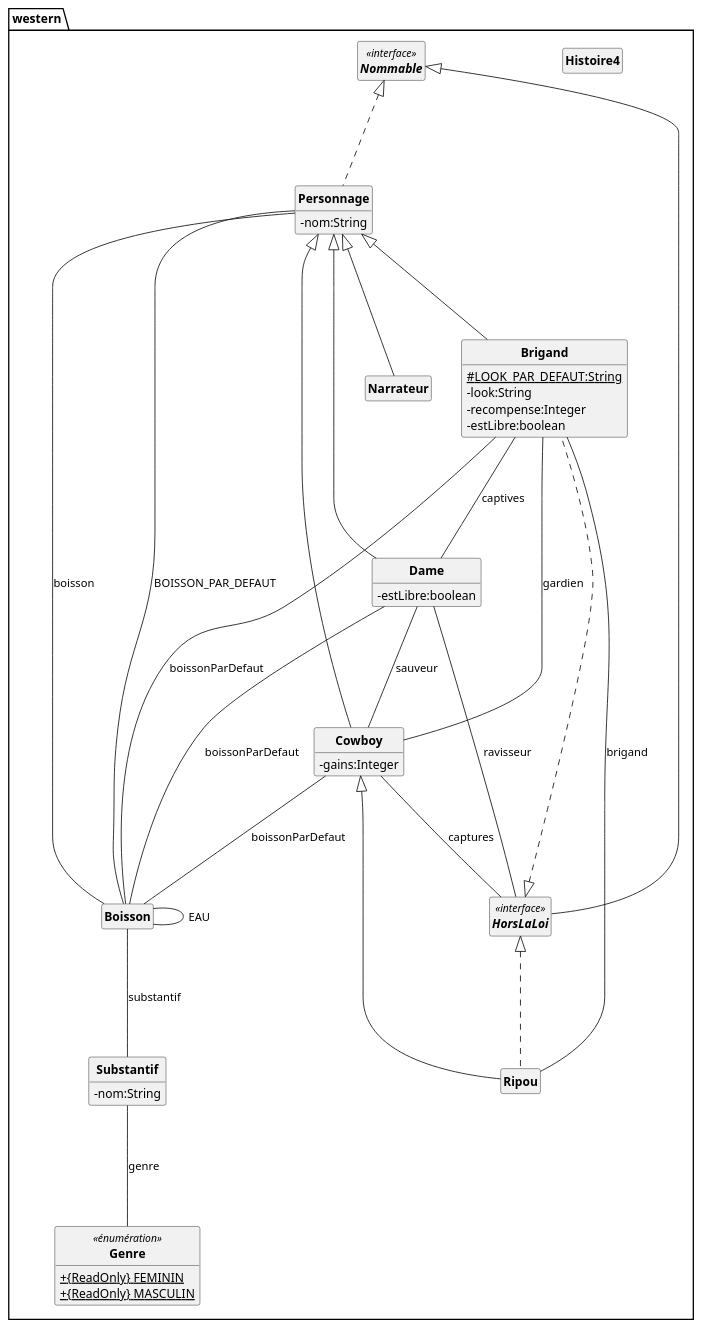
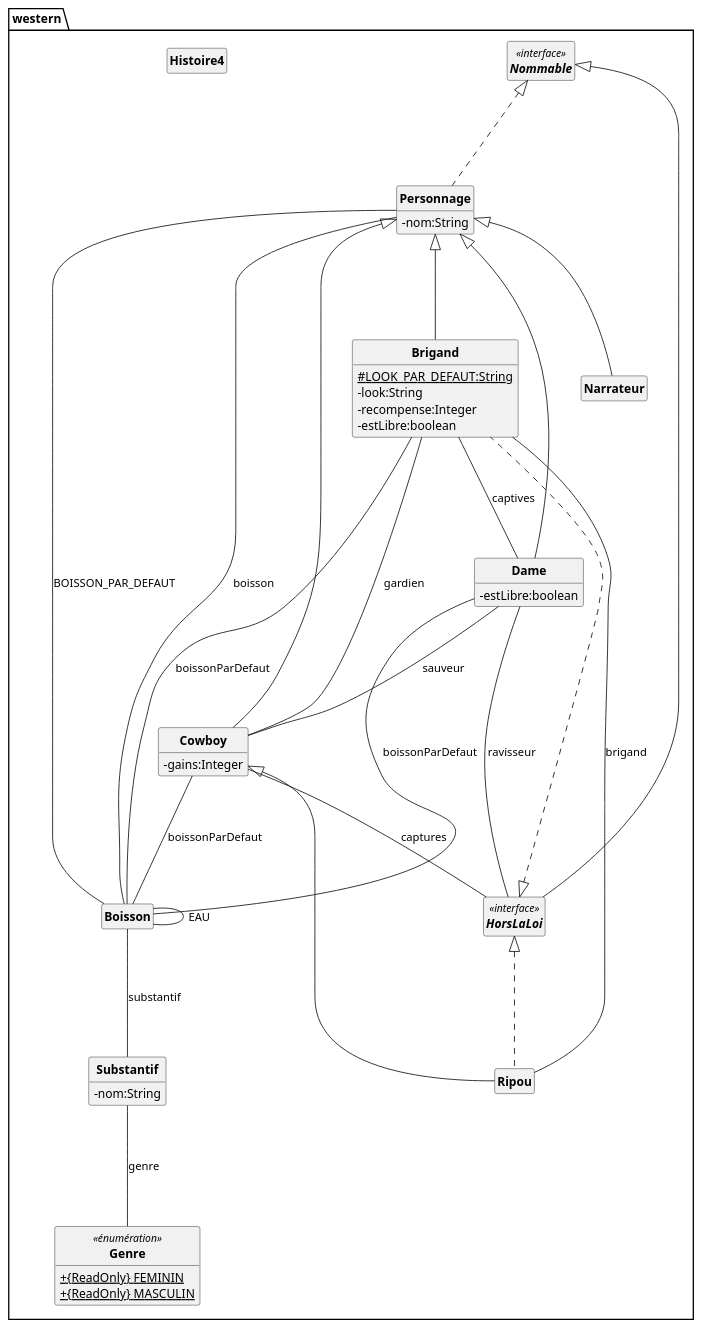
One commit to Spidermatou/GeneratorUMLFromJava changed the diagram in DCAGenere.puml. Above: the diagram before and after it, drawn with PlantUML. The commit also changed other lines of this file and 4 other files, not shown here.

```diff
--- a/DCAGenere.puml
+++ b/DCAGenere.puml
@@ -1,113 +1,113 @@
 @startuml
 skinparam classAttributeIconSize 0
 skinparam classFontStyle Bold
 skinparam style strictuml
 hide empty members
 package western
 {
+CLASS Boisson
+{
+
+}
+CLASS Personnage
+{
+- nom:String
+
+}
+CLASS Narrateur
+{
+
+}
+INTERFACE Nommable<<interface>>
+{
+
+}
+CLASS Histoire4
+{
+
+}
+CLASS Substantif
+{
+- nom:String
+
+}
+ENUM Genre<<énumération>>
+{
++ {static} {ReadOnly} FEMININ
++ {static} {ReadOnly} MASCULIN
+
+}
+CLASS Ripou
+{
+
+}
 CLASS Brigand
 {
 # {static} LOOK_PAR_DEFAUT:String
 - look:String
 - recompense:Integer 
 - estLibre:boolean 
 
 }
-CLASS Ripou
+CLASS Cowboy
 {
-
-}
-CLASS Substantif
-{
-- nom:String
-
-}
-CLASS Histoire4
-{
-
-}
-INTERFACE Nommable<<interface>>
-{
+- gains:Integer 
 
 }
 CLASS Dame
 {
 - estLibre:boolean 
 
 }
-CLASS Personnage
-{
-- nom:String
-
-}
-CLASS Cowboy
-{
-- gains:Integer 
-
-}
 INTERFACE HorsLaLoi<<interface>>
 {
 
 }
-ENUM Genre<<énumération>>
-{
-+ {static} {ReadOnly} FEMININ
-+ {static} {ReadOnly} MASCULIN
 
-}
-CLASS Boisson
-{
+Nommable <|... Personnage
 
-}
-CLASS Narrateur
-{
-
-}
+HorsLaLoi <|... Ripou
 
 HorsLaLoi <|... Brigand
 
-HorsLaLoi <|... Ripou
+Nommable <|-- HorsLaLoi
 
-Nommable <|... Personnage
+Personnage <|--- Narrateur
 
-Nommable <|-- HorsLaLoi
+Cowboy <|--- Ripou
 
 Personnage <|--- Brigand
 
-Cowboy <|--- Ripou
+Personnage <|--- Cowboy
 
 Personnage <|--- Dame
 
-Personnage <|--- Cowboy
+Boisson --- Substantif : substantif
 
-Personnage <|--- Narrateur
+Boisson --- Boisson : EAU
+
+Personnage --- Boisson : BOISSON_PAR_DEFAUT
+
+Personnage --- Boisson : boisson
+
+Substantif --- Genre : genre
+
+Ripou --- Brigand : brigand
 
 Brigand --- Dame : captives
 
 Brigand --- Cowboy : gardien
 
 Brigand --- Boisson : boissonParDefaut
 
-Ripou --- Brigand : brigand
+Cowboy --- HorsLaLoi : captures
 
-Substantif --- Genre : genre
+Cowboy --- Boisson : boissonParDefaut
 
 Dame --- Cowboy : sauveur
 
 Dame --- HorsLaLoi : ravisseur
 
 Dame --- Boisson : boissonParDefaut
-
-Personnage --- Boisson : BOISSON_PAR_DEFAUT
-
-Personnage --- Boisson : boisson
-
-Cowboy --- HorsLaLoi : captures
-
-Cowboy --- Boisson : boissonParDefaut
-
-Boisson --- Substantif : substantif
-
-Boisson --- Boisson : EAU
 }
 @enduml
```
